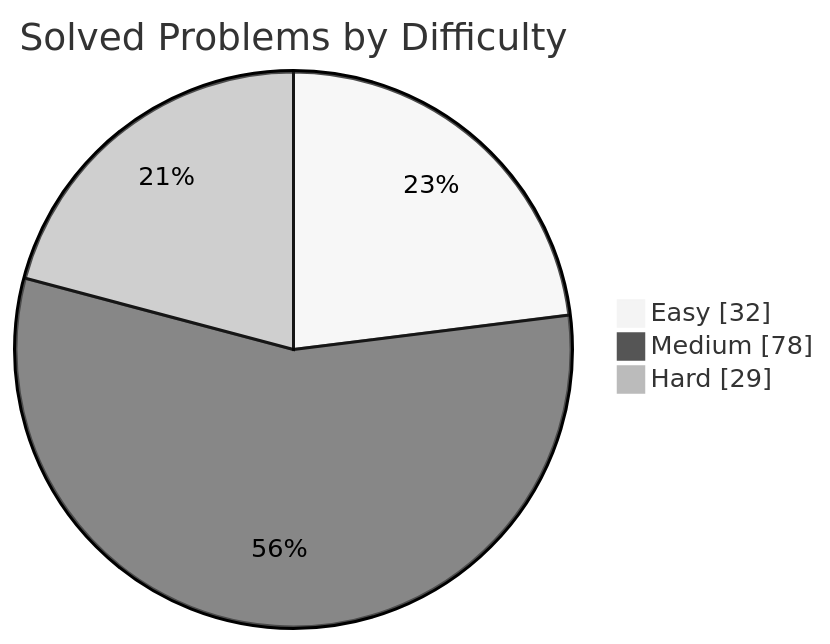
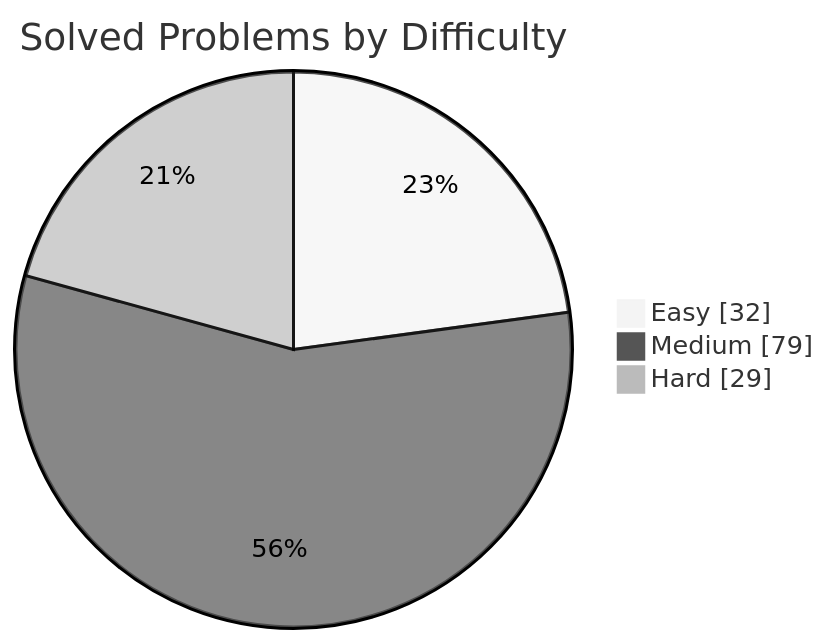
The first of 2 diagrams in README.md (manikantbindass/DSA-Preparation-FAANG), drawn with Mermaid (neutral theme) before and after one commit. The commit also changed other lines of this file, not shown here.

````diff
--- a/README.md
+++ b/README.md
@@ -38,7 +38,7 @@
 ```mermaid
 pie showData
     title Solved Problems by Difficulty
     "Easy" : 32
-    "Medium" : 78
+    "Medium" : 79
     "Hard" : 29
 ```
````
